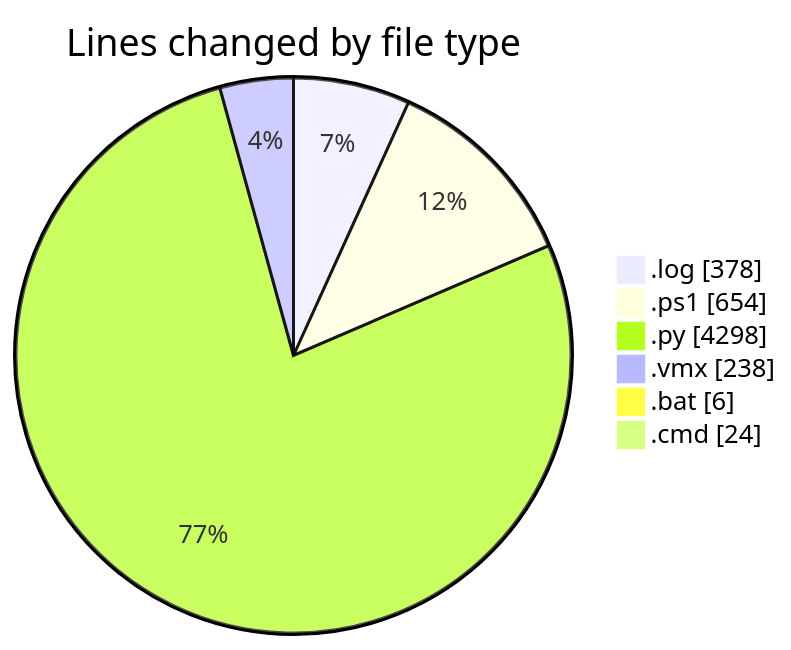
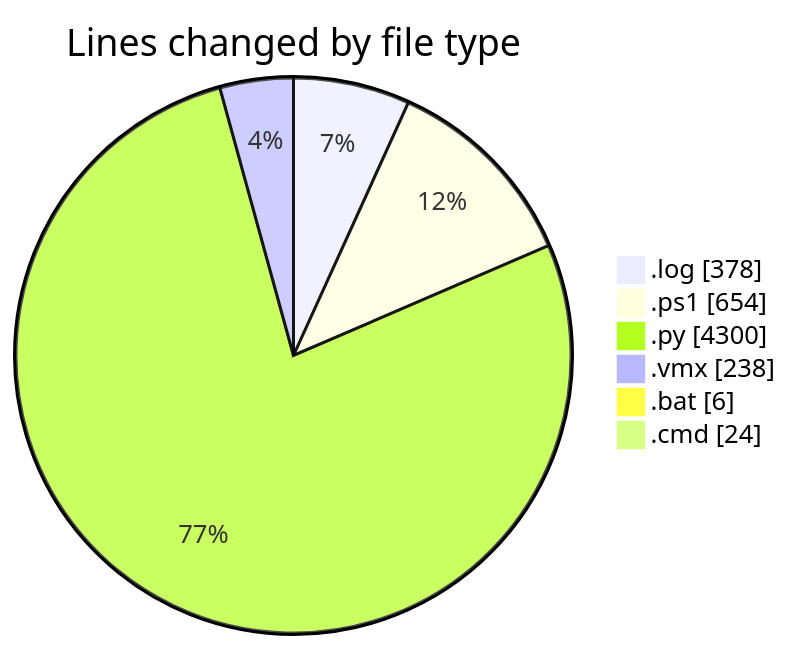
Before and after one commit to shibass792/code-tracking: the first of 2 diagrams in 2026-07-08/twenty_versions_aminor/README.md, drawn with Mermaid. The commit also changed other lines of this file and 1 other file, not shown here.

````diff
--- a/2026-07-08/twenty_versions_aminor/README.md
+++ b/2026-07-08/twenty_versions_aminor/README.md
@@ -49,10 +49,10 @@
 ```mermaid
 pie showData
 title Lines changed by file type
 ".log" : 378
 ".ps1" : 654
-".py" : 4298
+".py" : 4300
 ".vmx" : 238
 ".bat" : 6
 ".cmd" : 24
 ```
````
